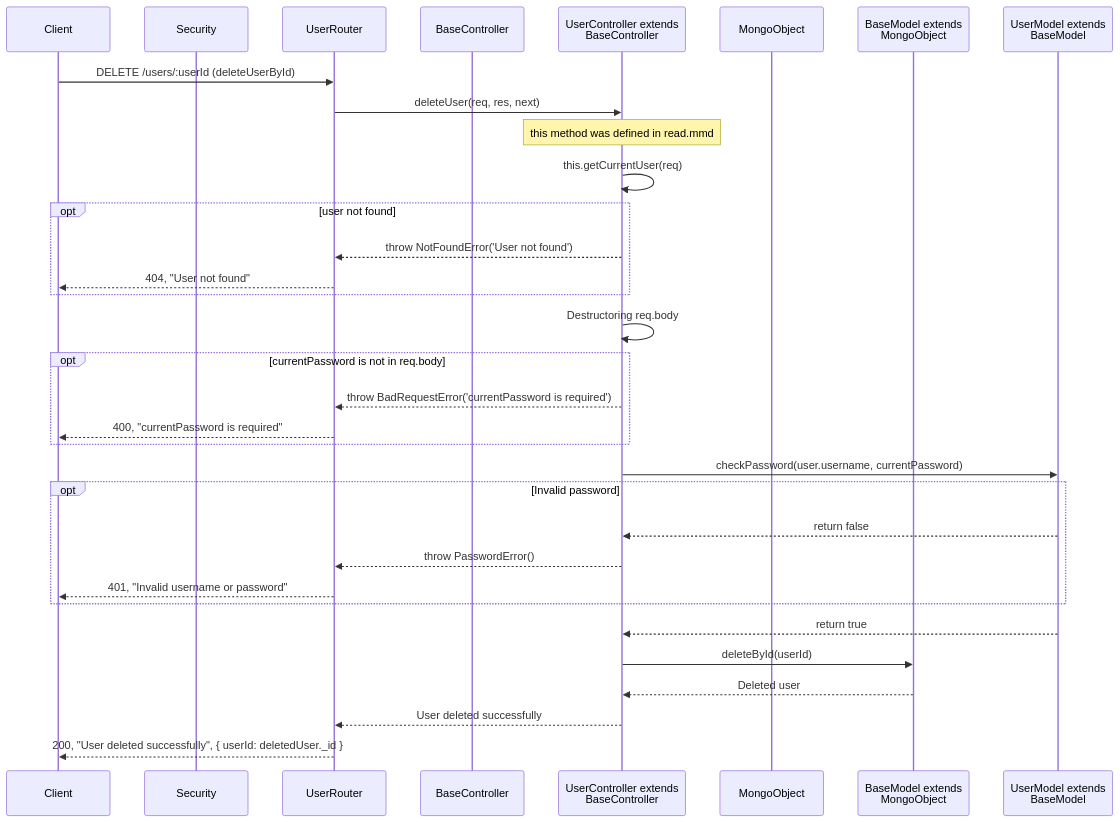
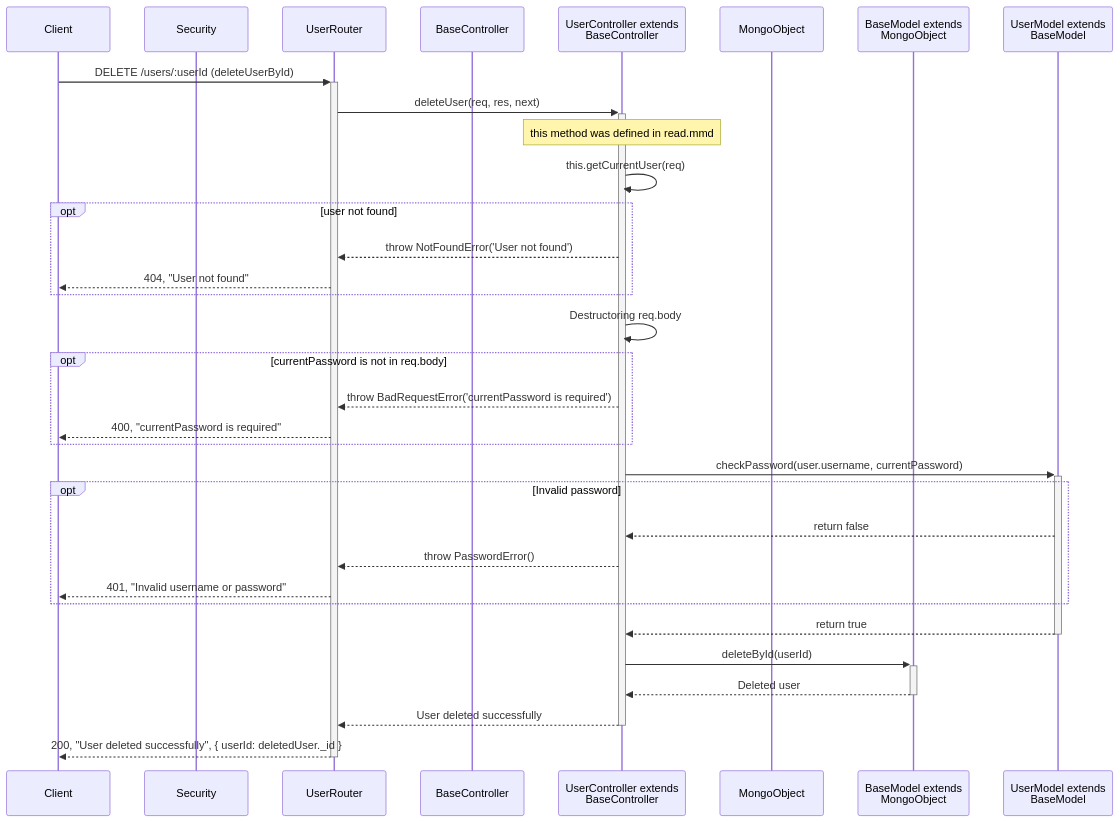
The diagram in design/newClassesDesign/UserManagement/delete.mmd (SawatKia/WealthTracking), drawn with Mermaid before and after one commit. The commit also changed 2 other files, not shown here.

Commit message:
chore: Refactor UserManagement add activation box

```diff
--- a/design/newClassesDesign/UserManagement/delete.mmd
+++ b/design/newClassesDesign/UserManagement/delete.mmd
@@ -1,35 +1,35 @@
 sequenceDiagram
     participant Client
     participant Sec as Security
     participant UserRouter as UserRouter
     participant BaseCont as BaseController
     participant UserCont as UserController extends<br> BaseController
     participant MongoObject as MongoObject
     participant BaseModel as BaseModel extends<br> MongoObject
     participant Model as UserModel extends<br> BaseModel
 
     %% Delete User
-    Client->>UserRouter: DELETE /users/:userId (deleteUserById)
-    UserRouter->>UserCont: deleteUser(req, res, next)
+    Client->>+UserRouter: DELETE /users/:userId (deleteUserById)
+    UserRouter->>+UserCont: deleteUser(req, res, next)
     Note over UserCont: this method was defined in read.mmd
     UserCont->>UserCont: this.getCurrentUser(req)
     opt user not found
         UserCont-->>UserRouter: throw NotFoundError('User not found')
         UserRouter-->>Client: 404, "User not found"
     end
     UserCont->>UserCont: Destructoring req.body
     opt currentPassword is not in req.body
         UserCont-->>UserRouter: throw BadRequestError('currentPassword is required')
         UserRouter-->>Client: 400, "currentPassword is required"
     end
-    UserCont->>Model: checkPassword(user.username, currentPassword)
+    UserCont->>+Model: checkPassword(user.username, currentPassword)
     opt Invalid password
         Model-->>UserCont: return false
         UserCont-->>UserRouter: throw PasswordError()
         UserRouter-->>Client: 401, "Invalid username or password"
     end
-    Model-->>UserCont: return true
-    UserCont->>BaseModel: deleteById(userId)
-    BaseModel-->>UserCont: Deleted user
-    UserCont-->>UserRouter: User deleted successfully
-    UserRouter-->>Client: 200, "User deleted successfully", { userId: deletedUser._id }
+    Model-->>-UserCont: return true
+    UserCont->>+BaseModel: deleteById(userId)
+    BaseModel-->>-UserCont: Deleted user
+    UserCont-->>-UserRouter: User deleted successfully
+    UserRouter-->>-Client: 200, "User deleted successfully", { userId: deletedUser._id }
```
